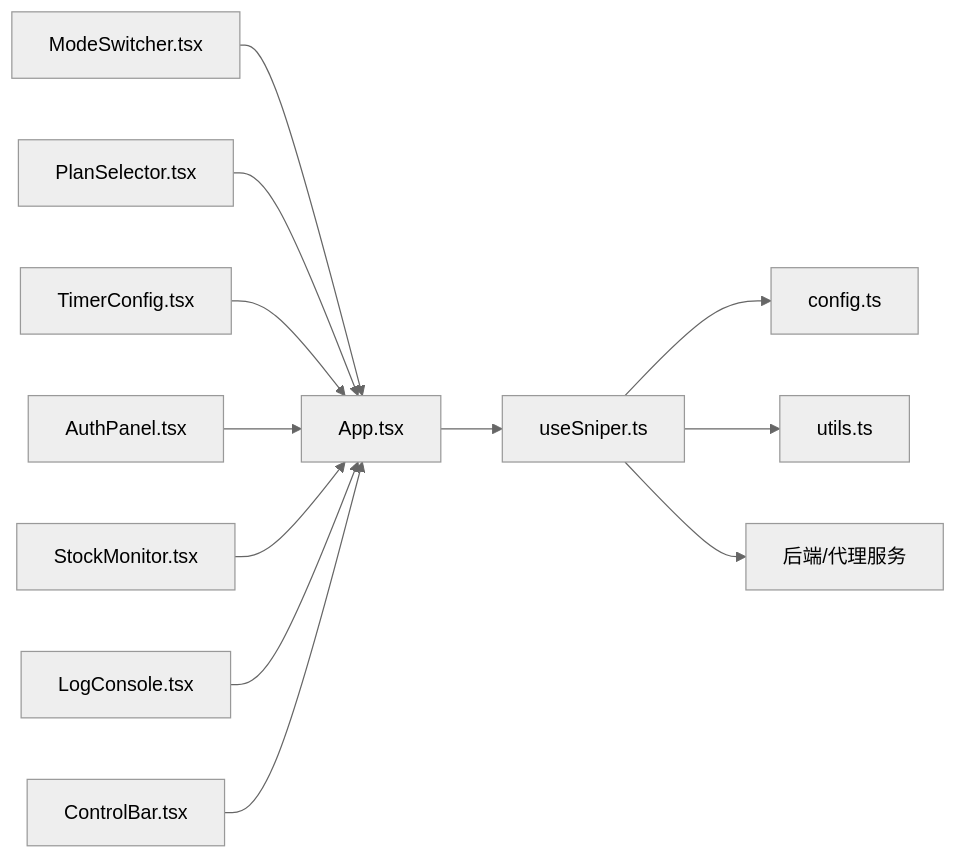
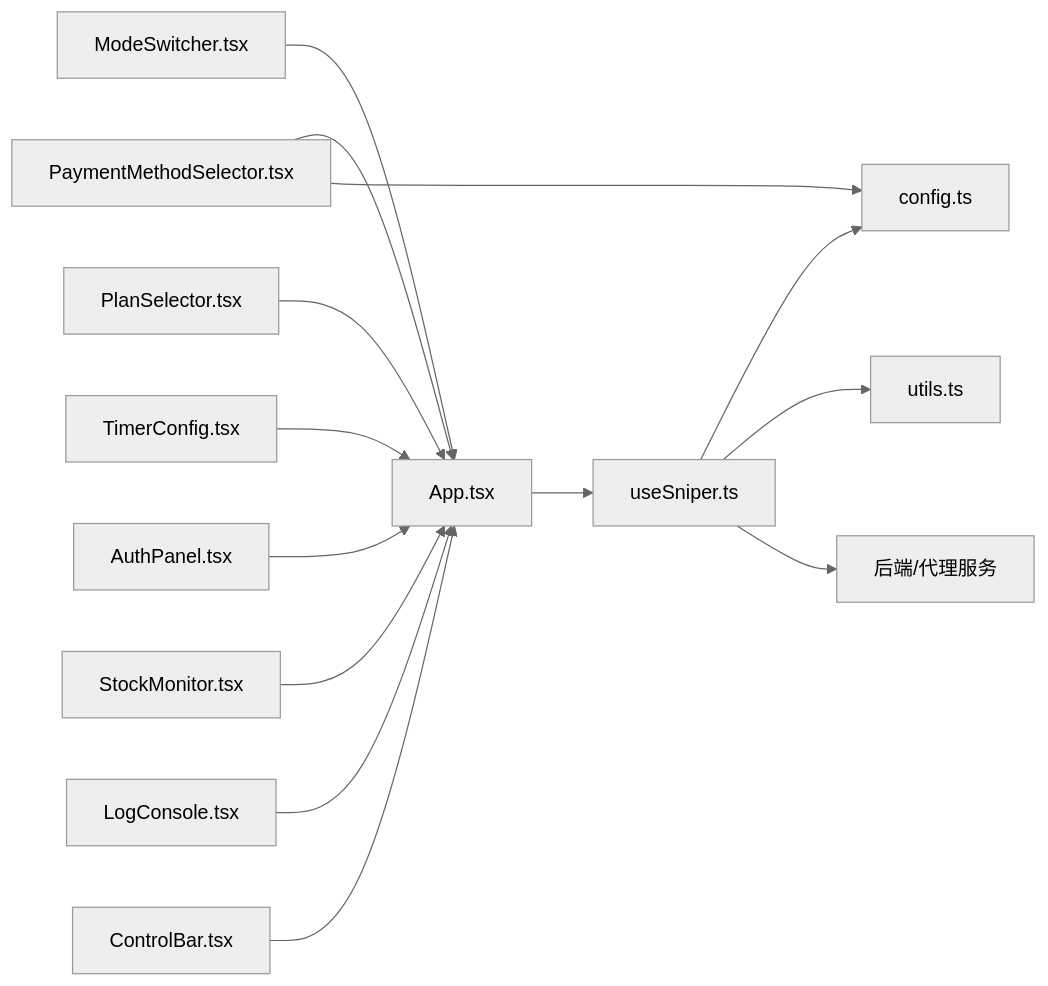
Before and after one commit to 16499259-oss/GLM-sniper: the sixth of 6 diagrams in .qoder/repowiki/zh/content/核心架构/状态管理架构.md, drawn with Mermaid (neutral theme). The commit also changed other lines of this file and 6 other files, not shown here.

````diff
--- a/.qoder/repowiki/zh/content/核心架构/状态管理架构.md
+++ b/.qoder/repowiki/zh/content/核心架构/状态管理架构.md
@@ -277,14 +345,16 @@
 ```mermaid
 graph LR
 APP["App.tsx"] --> US["useSniper.ts"]
 US --> CFG["config.ts"]
 US --> UTL["utils.ts"]
 US --> BACK["后端/代理服务"]
 MODE["ModeSwitcher.tsx"] --> APP
 PLAN["PlanSelector.tsx"] --> APP
+PAYMENT["PaymentMethodSelector.tsx"] --> APP
 TIMER["TimerConfig.tsx"] --> APP
 AUTH["AuthPanel.tsx"] --> APP
 STOCK["StockMonitor.tsx"] --> APP
 LOG["LogConsole.tsx"] --> APP
 CTRL["ControlBar.tsx"] --> APP
+PAYMENT --> CFG
 ```
````
